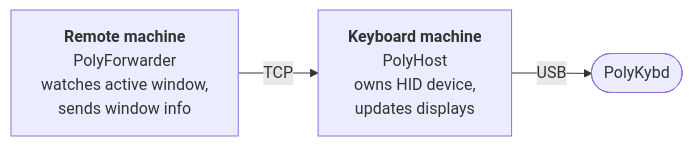
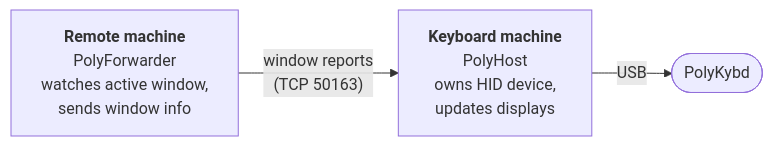
The diagram in src/content/docs/using/multi-machine.mdx (thpoll83/polykybd-docs), drawn with Mermaid before and after one commit. The commit also changed other lines of this file, not shown here.

````diff
--- a/src/content/docs/using/multi-machine.mdx
+++ b/src/content/docs/using/multi-machine.mdx
@@ -12,7 +12,7 @@
 ```mermaid
 flowchart LR
     remote["<b>Remote machine</b><br/>PolyForwarder<br/>watches active window,<br/>sends window info"]
     keyboard["<b>Keyboard machine</b><br/>PolyHost<br/>owns HID device,<br/>updates displays"]
     kbd(["PolyKybd"])
-    remote -- TCP --> keyboard -- USB --> kbd
+    remote -- "window reports<br/>(TCP 50163)" --> keyboard -- USB --> kbd
 ```
````
